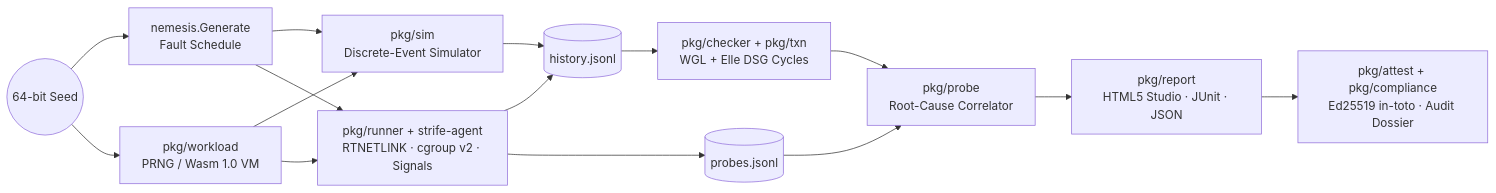
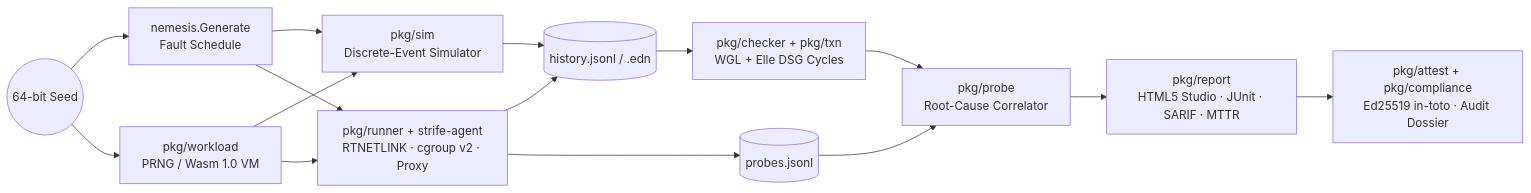
The diagram in README.md (Kemalhafizh/strife), drawn with Mermaid before and after one commit. The commit also changed other lines of this file and 25 other files, not shown here.

````diff
--- a/README.md
+++ b/README.md
@@ -435,17 +444,17 @@
 ```mermaid
 flowchart LR
   seed(("64-bit Seed")) --> sched["nemesis.Generate<br/>Fault Schedule"]
   seed --> wl["pkg/workload<br/>PRNG / Wasm 1.0 VM"]
   sched --> simw["pkg/sim<br/>Discrete-Event Simulator"]
   wl --> simw
-  sched --> live["pkg/runner + strife-agent<br/>RTNETLINK · cgroup v2 · Signals"]
+  sched --> live["pkg/runner + strife-agent<br/>RTNETLINK · cgroup v2 · Proxy"]
   wl --> live
-  simw --> hist[("history.jsonl")]
+  simw --> hist[("history.jsonl / .edn")]
   live --> hist
   live --> probes[("probes.jsonl")]
   hist --> chk["pkg/checker + pkg/txn<br/>WGL + Elle DSG Cycles"]
   probes --> corr["pkg/probe<br/>Root-Cause Correlator"]
   chk --> corr
-  corr --> rep["pkg/report<br/>HTML5 Studio · JUnit · JSON"]
+  corr --> rep["pkg/report<br/>HTML5 Studio · JUnit · SARIF · MTTR"]
   rep --> att["pkg/attest + pkg/compliance<br/>Ed25519 in-toto · Audit Dossier"]
 ```
````
